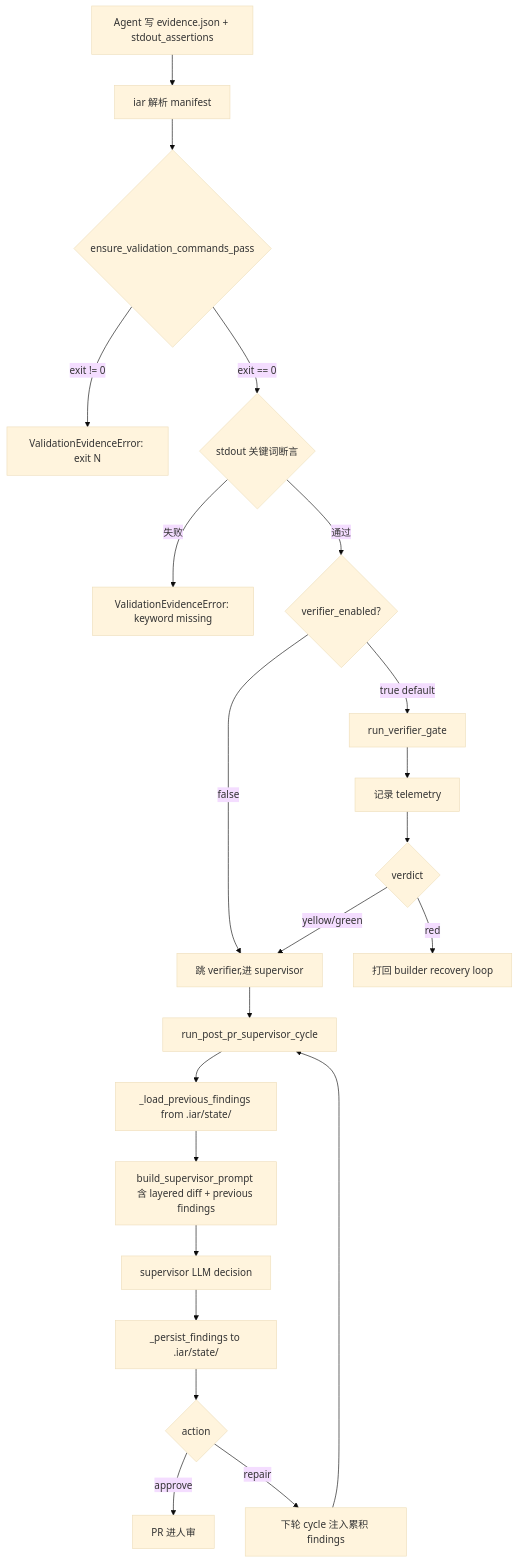
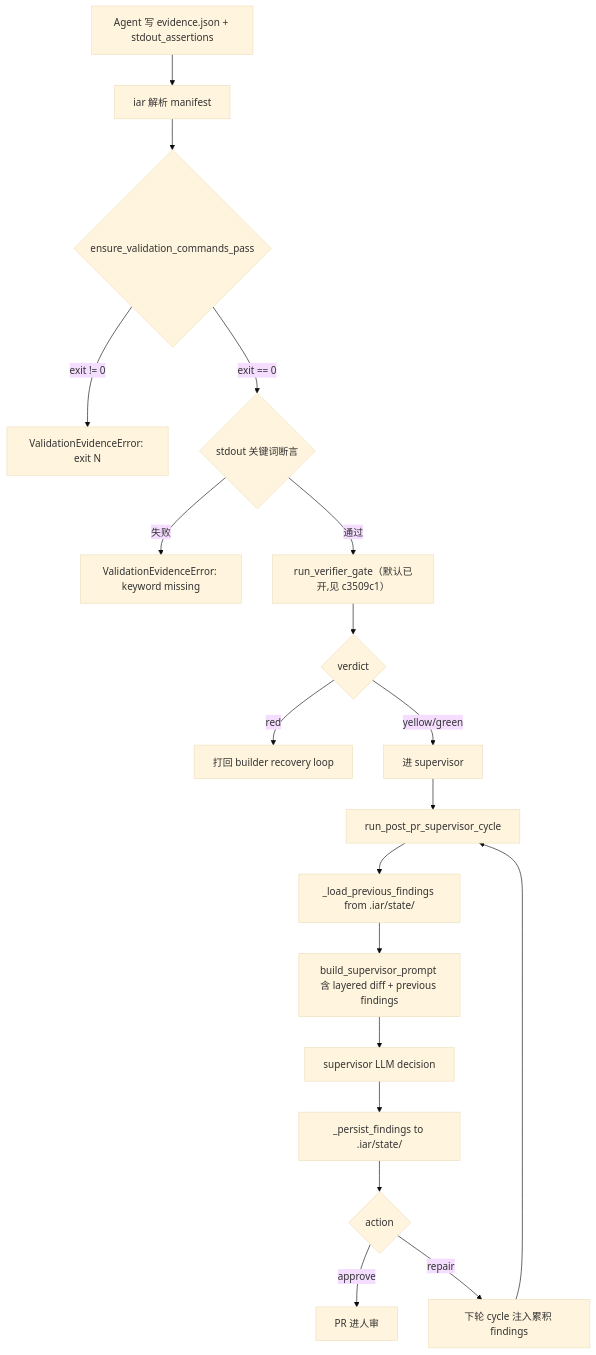
Before and after one commit to ZataZhang/keda: the diagram in tasks/pending/P1-FEAT-20260705-161739-completeness-judgment-hardening.md, drawn with Mermaid (base theme). The commit also changed other lines of this file and 8 other files, not shown here.

````diff
--- a/tasks/pending/P1-FEAT-20260705-161739-completeness-judgment-hardening.md
+++ b/tasks/pending/P1-FEAT-20260705-161739-completeness-judgment-hardening.md
@@ -436,24 +421,21 @@
 ```mermaid
 flowchart TD
     A[Agent 写 evidence.json + stdout_assertions] --> B[iar 解析 manifest]
     B --> C{ensure_validation_commands_pass}
     C -->|exit != 0| R1[ValidationEvidenceError: exit N]
     C -->|exit == 0| D{stdout 关键词断言}
     D -->|失败| R2[ValidationEvidenceError: keyword missing]
-    D -->|通过| E{verifier_enabled?}
-    E -->|false| G[跳 verifier,进 supervisor]
-    E -->|true default| F[run_verifier_gate]
-    F --> F1[记录 telemetry]
-    F1 --> F2{verdict}
+    D -->|通过| F[run_verifier_gate（默认已开,见 c3509c1）]
+    F --> F2{verdict}
     F2 -->|red| R3[打回 builder recovery loop]
-    F2 -->|yellow/green| G
+    F2 -->|yellow/green| G[进 supervisor]
     G --> H[run_post_pr_supervisor_cycle]
     H --> H1[_load_previous_findings from .iar/state/]
     H1 --> H2[build_supervisor_prompt 含 layered diff + previous findings]
     H2 --> H3[supervisor LLM decision]
     H3 --> H4[_persist_findings to .iar/state/]
     H4 --> I{action}
     I -->|approve| J[PR 进人审]
     I -->|repair| K[下轮 cycle 注入累积 findings]
     K --> H
 ```
````
